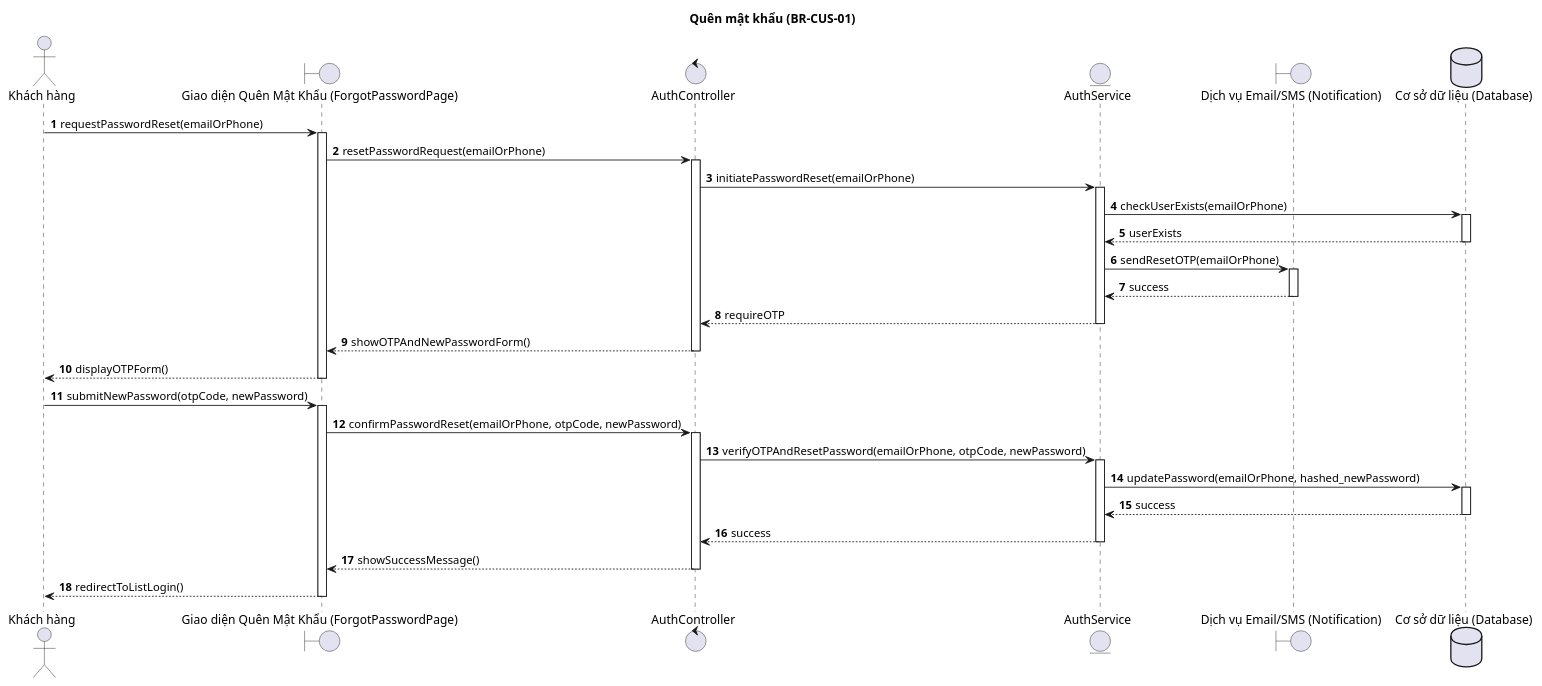
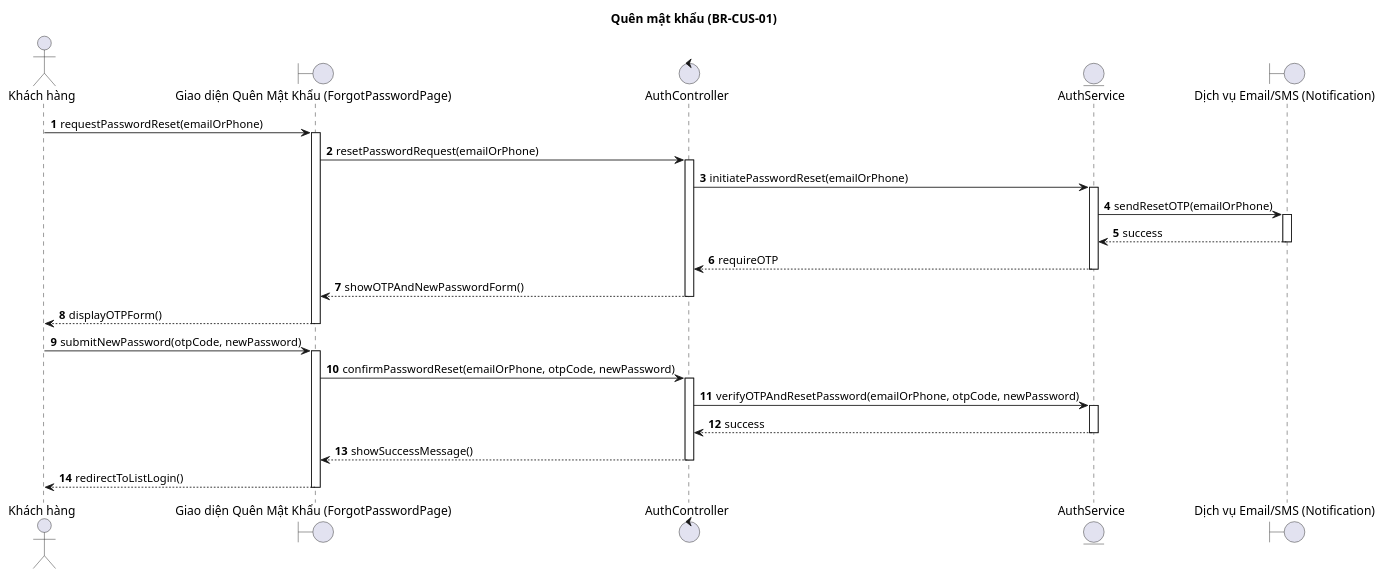
Before and after one commit to Ngo-The-Dat/e-voucher-system: the diagram in doc/sequence/KhachHang/Quen_mat_khau.wsd, drawn with PlantUML. The commit also changed 7 other files, not shown here.

Commit message:
docs: 📖 update customer sequence diagrams to remove internal DB interactions and match current implementation

```diff
--- a/doc/sequence/KhachHang/Quen_mat_khau.wsd
+++ b/doc/sequence/KhachHang/Quen_mat_khau.wsd
@@ -1,54 +1,45 @@
 @startuml
 title Quên mật khẩu (BR-CUS-01)
 
 autonumber
 actor "Khách hàng" as KH
 boundary "Giao diện Quên Mật Khẩu (ForgotPasswordPage)" as UI
 control "AuthController" as Controller
 entity "AuthService" as Service
 boundary "Dịch vụ Email/SMS (Notification)" as Notification
-database "Cơ sở dữ liệu (Database)" as DB
 
 KH -> UI : requestPasswordReset(emailOrPhone)
 activate UI
 UI -> Controller : resetPasswordRequest(emailOrPhone)
 activate Controller
 Controller -> Service : initiatePasswordReset(emailOrPhone)
 activate Service
 
-Service -> DB : checkUserExists(emailOrPhone)
-activate DB
-DB --> Service : userExists
-deactivate DB
 
 Service -> Notification : sendResetOTP(emailOrPhone)
 activate Notification
 Notification --> Service : success
 deactivate Notification
 
 Service --> Controller : requireOTP
 deactivate Service
 Controller --> UI : showOTPAndNewPasswordForm()
 deactivate Controller
 UI --> KH : displayOTPForm()
 deactivate UI
 
 KH -> UI : submitNewPassword(otpCode, newPassword)
 activate UI
 UI -> Controller : confirmPasswordReset(emailOrPhone, otpCode, newPassword)
 activate Controller
 Controller -> Service : verifyOTPAndResetPassword(emailOrPhone, otpCode, newPassword)
 activate Service
 
-Service -> DB : updatePassword(emailOrPhone, hashed_newPassword)
-activate DB
-DB --> Service : success
-deactivate DB
 
 Service --> Controller : success
 deactivate Service
 Controller --> UI : showSuccessMessage()
 deactivate Controller
 UI --> KH : redirectToListLogin()
 deactivate UI
 @enduml
```
